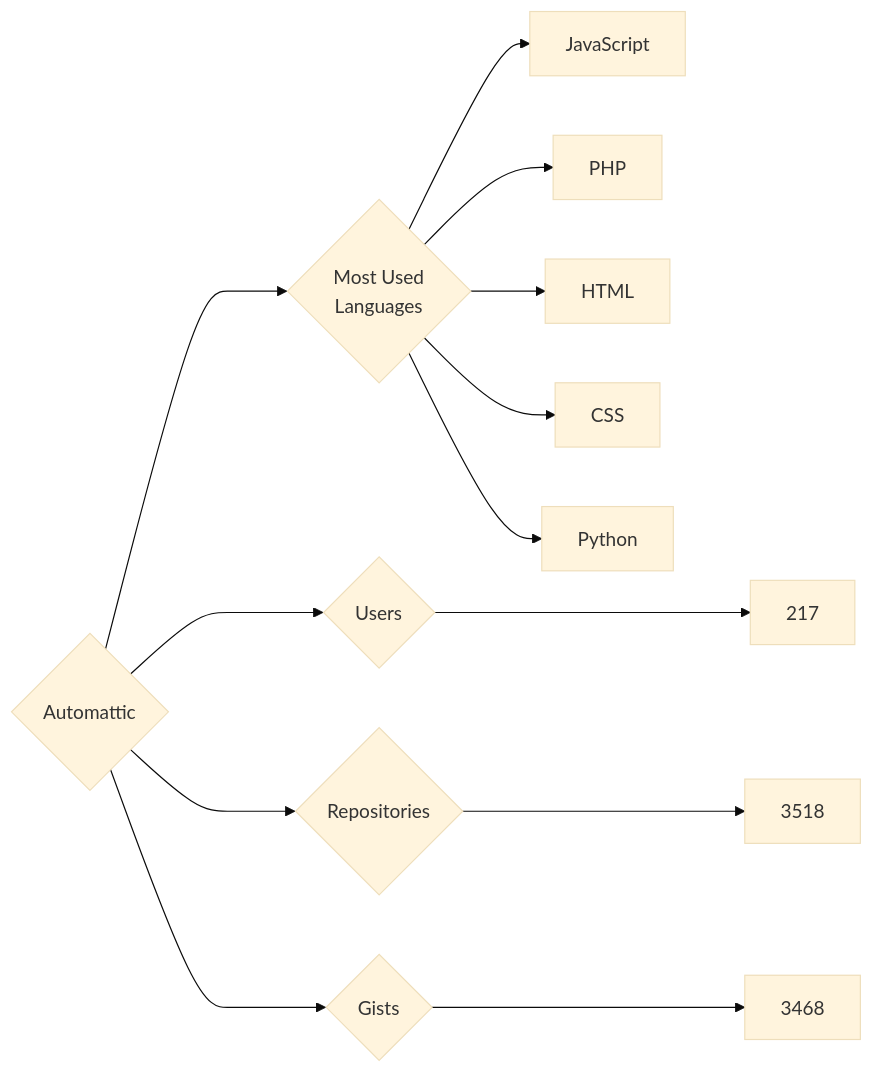
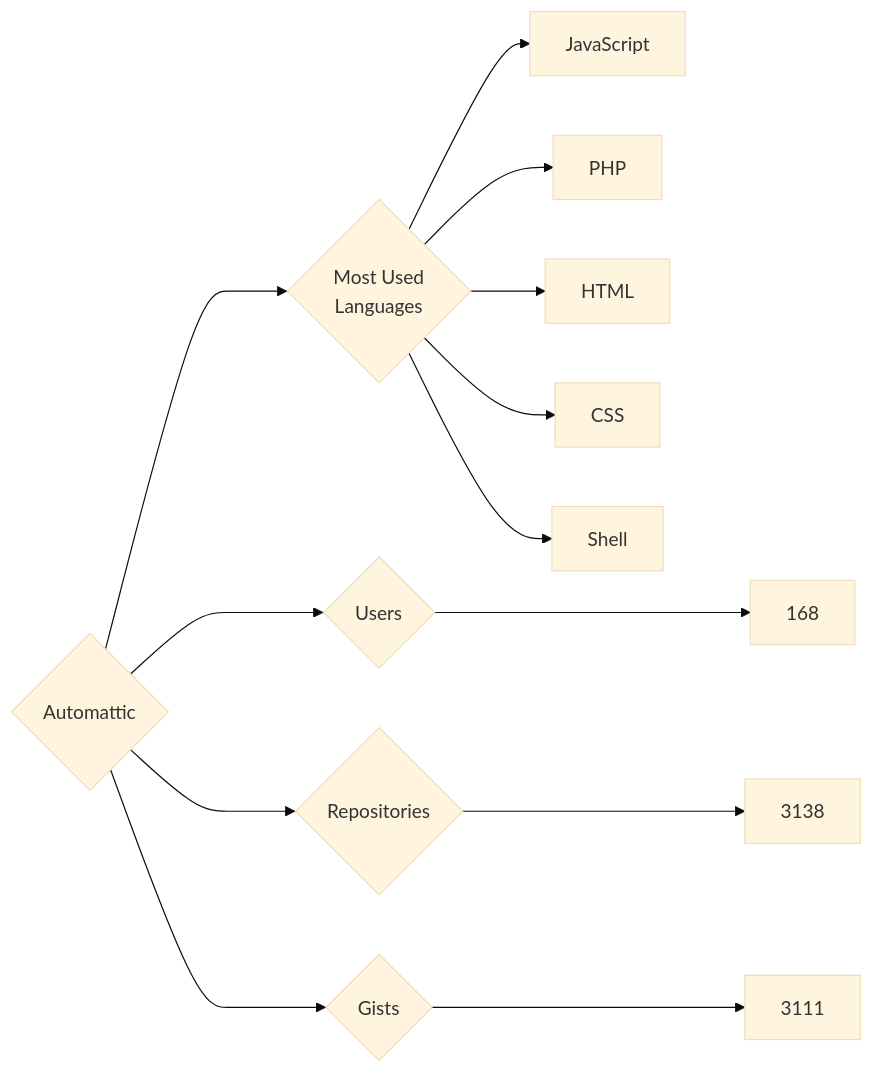
One commit to trickest/insiders changed the diagram in targets/Automattic/README.md. Above: the diagram before and after it, drawn with Mermaid (base theme). The commit also changed 720 other files, not shown here.

````diff
--- a/targets/Automattic/README.md
+++ b/targets/Automattic/README.md
@@ -3,13 +3,13 @@
 ```mermaid
 graph LR
 COMPANY_NAME{Automattic}
-COMPANY_NAME ---> U{Users} ---> UN[217]
-COMPANY_NAME ---> R{Repositories} ---> RN[3518]
-COMPANY_NAME ---> G{Gists} ---> GN[3468]
+COMPANY_NAME ---> U{Users} ---> UN[168]
+COMPANY_NAME ---> R{Repositories} ---> RN[3138]
+COMPANY_NAME ---> G{Gists} ---> GN[3111]
 COMPANY_NAME ---> ML{Most Used<br>Languages}
 ML --> JavaScript[JavaScript]
 ML --> PHP[PHP]
 ML --> HTML[HTML]
 ML --> CSS[CSS]
-ML --> Python[Python]
+ML --> Shell[Shell]
 ```
````
